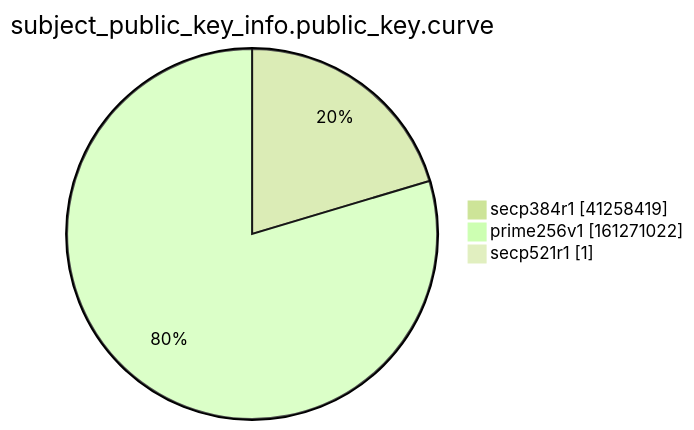
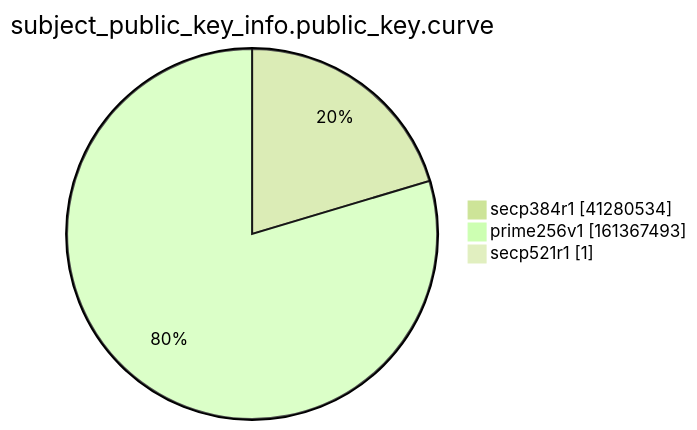
Before and after one commit to christiankrug/ctmonitor_visualization: the ninth of 15 diagrams in xenon2022/README.md, drawn with Mermaid (forest theme). The commit also changed other lines of this file, not shown here.

````diff
--- a/xenon2022/README.md
+++ b/xenon2022/README.md
@@ -2868,7 +2868,7 @@
 ```mermaid
 pie showData
 title subject_public_key_info.public_key.curve
-"secp384r1" :41258419
-"prime256v1" :161271022
+"secp384r1" :41280534
+"prime256v1" :161367493
 "secp521r1" :1
 ```
````
